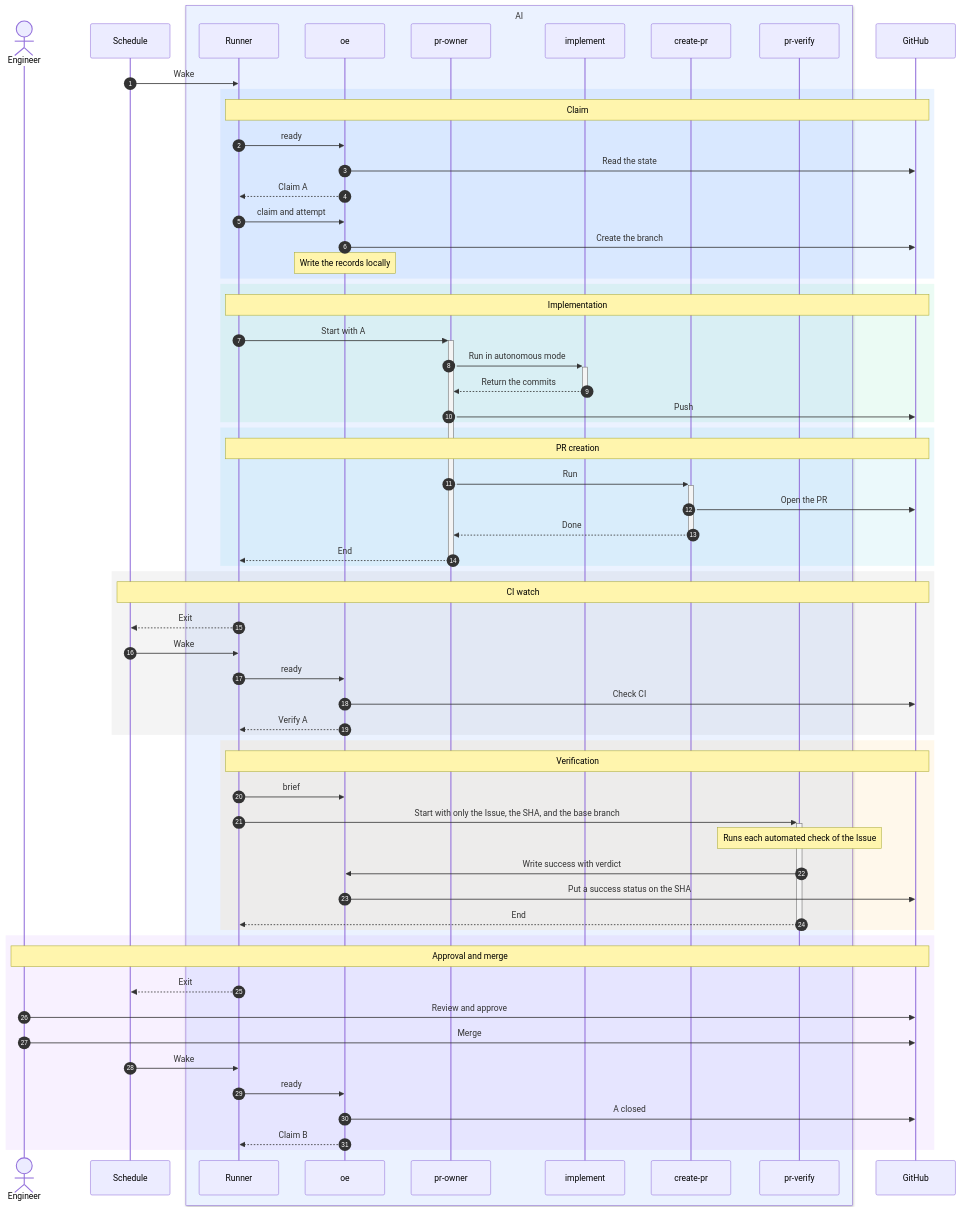
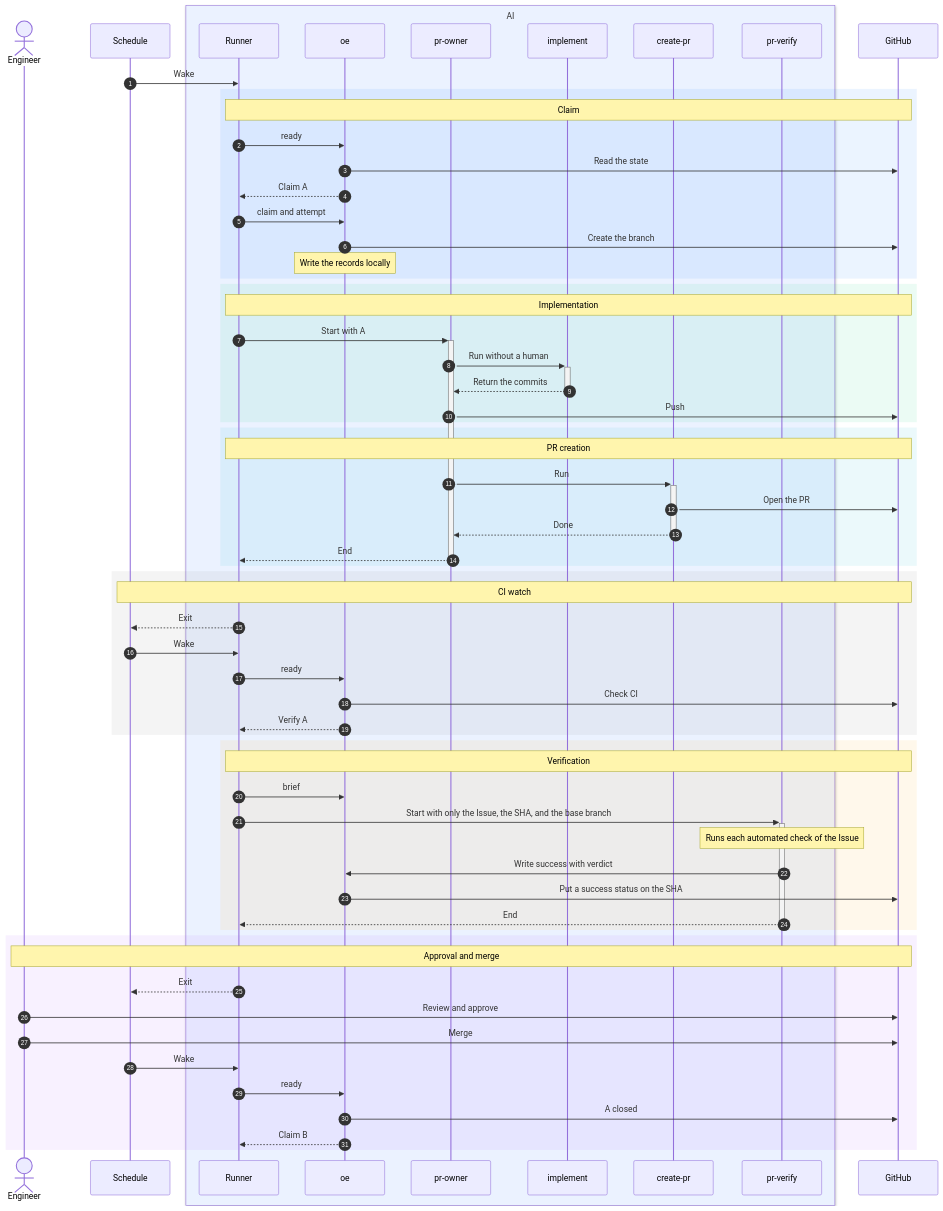
The second of 2 diagrams in docs/design/orchestrate-epic.md (maro114510/skills), drawn with Mermaid before and after one commit. The commit also changed 5 other files, not shown here.

First line of the commit message:
refactor(implement,pr-owner): replace the autonomous shell with one no-human rule

````diff
--- a/docs/design/orchestrate-epic.md
+++ b/docs/design/orchestrate-epic.md
@@ -183,66 +183,66 @@
 ```mermaid
 sequenceDiagram
   autonumber
   actor H as Engineer
   participant S as Schedule
   box rgb(235,242,255) AI
     participant O as Runner
     participant E as oe
     participant W as pr-owner
     participant I as implement
     participant C as create-pr
     participant V as pr-verify
   end
   participant G as GitHub
   S->>O: Wake
   rect rgba(0,120,255,0.08)
     Note over O,G: Claim
     O->>E: ready
     E->>G: Read the state
     E-->>O: Claim A
     O->>E: claim and attempt
     E->>G: Create the branch
     Note over E: Write the records locally
   end
   rect rgba(0,200,120,0.08)
     Note over O,G: Implementation
     O->>+W: Start with A
-    W->>+I: Run in autonomous mode
+    W->>+I: Run without a human
     I-->>-W: Return the commits
     W->>G: Push
   end
   rect rgba(0,180,200,0.08)
     Note over O,G: PR creation
     W->>+C: Run
     C->>G: Open the PR
     C-->>-W: Done
     W-->>-O: End
   end
   rect rgba(120,120,120,0.08)
     Note over S,G: CI watch
     O-->>S: Exit
     S->>O: Wake
     O->>E: ready
     E->>G: Check CI
     E-->>O: Verify A
   end
   rect rgba(255,160,0,0.08)
     Note over O,G: Verification
     O->>E: brief
     O->>+V: Start with only the Issue, the SHA, and the base branch
     Note over V: Runs each automated check of the Issue
     V->>E: Write success with verdict
     E->>G: Put a success status on the SHA
     V-->>-O: End
   end
   rect rgba(160,80,255,0.08)
     Note over H,G: Approval and merge
     O-->>S: Exit
     H->>G: Review and approve
     H->>G: Merge
     S->>O: Wake
     O->>E: ready
     E->>G: A closed
     E-->>O: Claim B
   end
 ```
````
